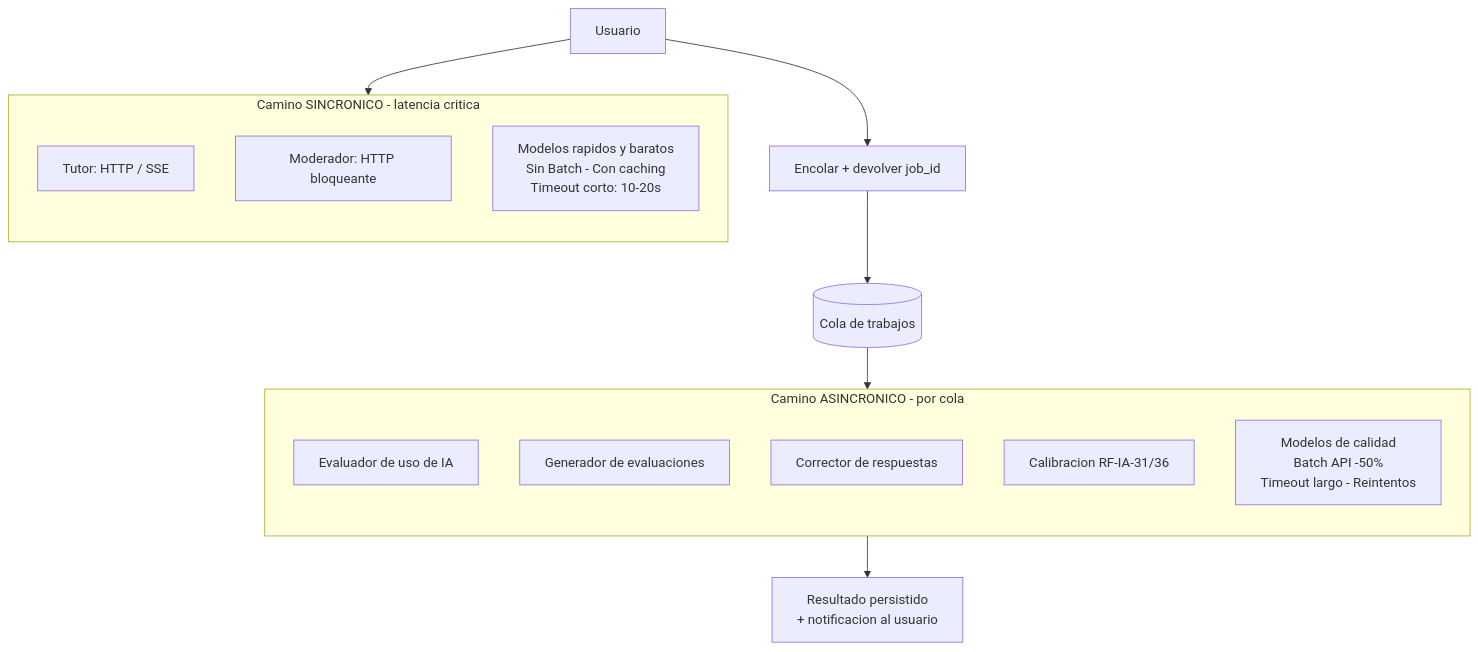
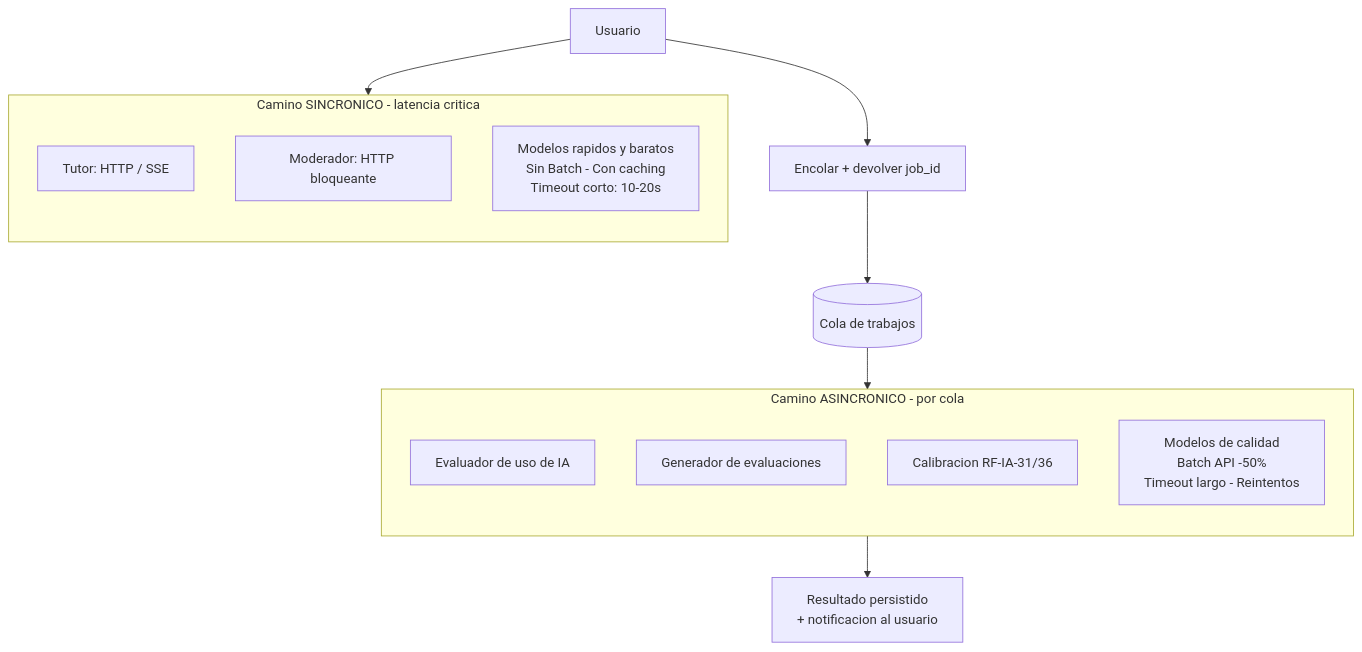
The first of 6 diagrams in docs/06-operacion-e-ingenieria.md (facundosoria/Doc-Tpi-Programacion), drawn with Mermaid before and after one commit. The commit also changed other lines of this file and 28 other files, not shown here.

````diff
--- a/docs/06-operacion-e-ingenieria.md
+++ b/docs/06-operacion-e-ingenieria.md
@@ -87,26 +86,25 @@
 ```mermaid
 flowchart TB
     U["Usuario"]
 
     subgraph SYNC["Camino SINCRONICO - latencia critica"]
         direction TB
         S1["Tutor: HTTP / SSE"]
         S2["Moderador: HTTP bloqueante"]
         SN["Modelos rapidos y baratos<br/>Sin Batch - Con caching<br/>Timeout corto: 10-20s"]
     end
 
     subgraph ASYNC["Camino ASINCRONICO - por cola"]
         direction TB
         A1["Evaluador de uso de IA"]
         A2["Generador de evaluaciones"]
-        A3["Corrector de respuestas"]
         A4["Calibracion RF-IA-31/36"]
         AN["Modelos de calidad<br/>Batch API -50%<br/>Timeout largo - Reintentos"]
     end
 
     U --> SYNC
     U --> ENQ["Encolar + devolver job_id"]
     ENQ --> Q[("Cola de trabajos")]
     Q --> ASYNC
     ASYNC --> R["Resultado persistido<br/>+ notificacion al usuario"]
 ```
````
